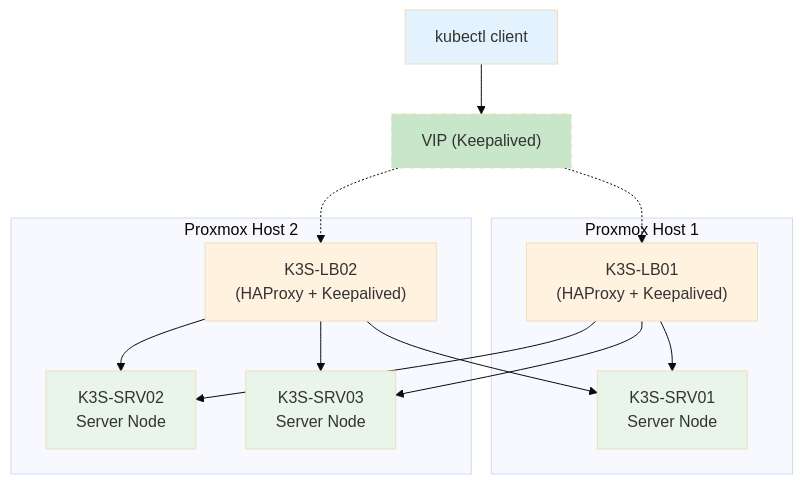
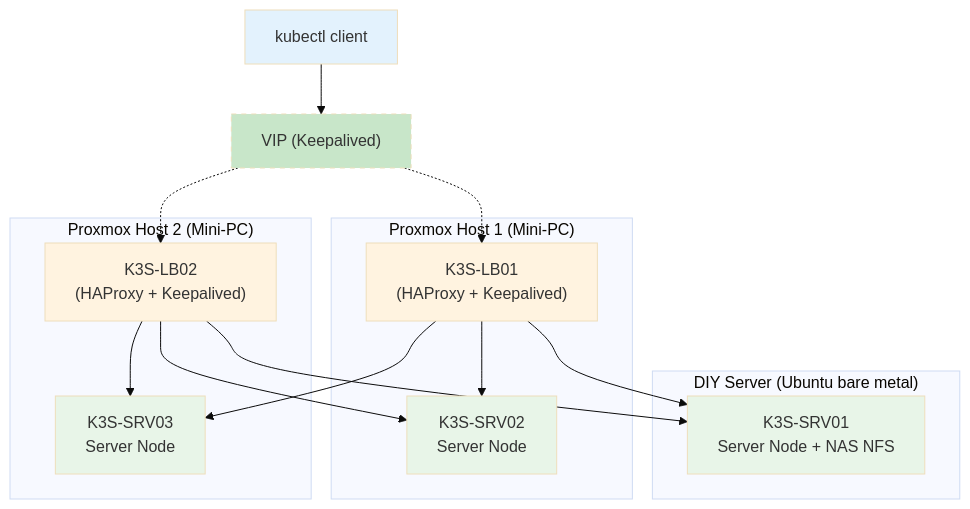
The diagram in content/posts/ha/index.fr.md (Justin-De-Sio/my-blog), drawn with Mermaid (base theme) before and after one commit. The commit also changed other lines of this file and 2 other files, not shown here.

```diff
--- a/content/posts/ha/index.fr.md
+++ b/content/posts/ha/index.fr.md
@@ -80,33 +81,36 @@
 {{< mermaid >}}
 graph TB
     CLIENT["kubectl client"]
-    
-    subgraph "Proxmox Host 1"
+
+    subgraph "DIY Server (Ubuntu bare metal)"
+        SRV1["K3S-SRV01<br/>Server Node + NAS NFS"]
+    end
+
+    subgraph "Proxmox Host 1 (Mini-PC)"
         LB1["K3S-LB01<br/>(HAProxy + Keepalived)"]
-        SRV1["K3S-SRV01<br/>Server Node"]
+        SRV2["K3S-SRV02<br/>Server Node"]
     end
-    
-    subgraph "Proxmox Host 2"
+
+    subgraph "Proxmox Host 2 (Mini-PC)"
         LB2["K3S-LB02<br/>(HAProxy + Keepalived)"]
-        SRV2["K3S-SRV02<br/>Server Node"]
         SRV3["K3S-SRV03<br/>Server Node"]
     end
 
     CLIENT --> VIP["VIP (Keepalived)"]
     VIP -.-> LB1
     VIP -.-> LB2
     LB1 --> SRV1
     LB1 --> SRV2
     LB1 --> SRV3
     LB2 --> SRV1
     LB2 --> SRV2
     LB2 --> SRV3
 
     style CLIENT fill:#E3F2FD
     style VIP fill:#C8E6C9,stroke-dasharray: 5 5
     style LB1 fill:#FFF3E0
     style LB2 fill:#FFF3E0
     style SRV1 fill:#E8F5E8
     style SRV2 fill:#E8F5E8
     style SRV3 fill:#E8F5E8
 {{< /mermaid >}}
```
